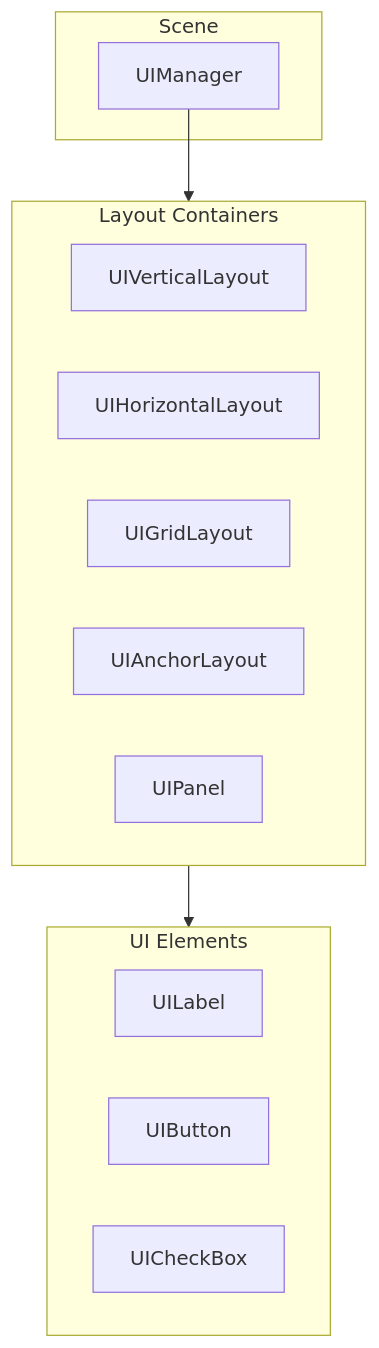
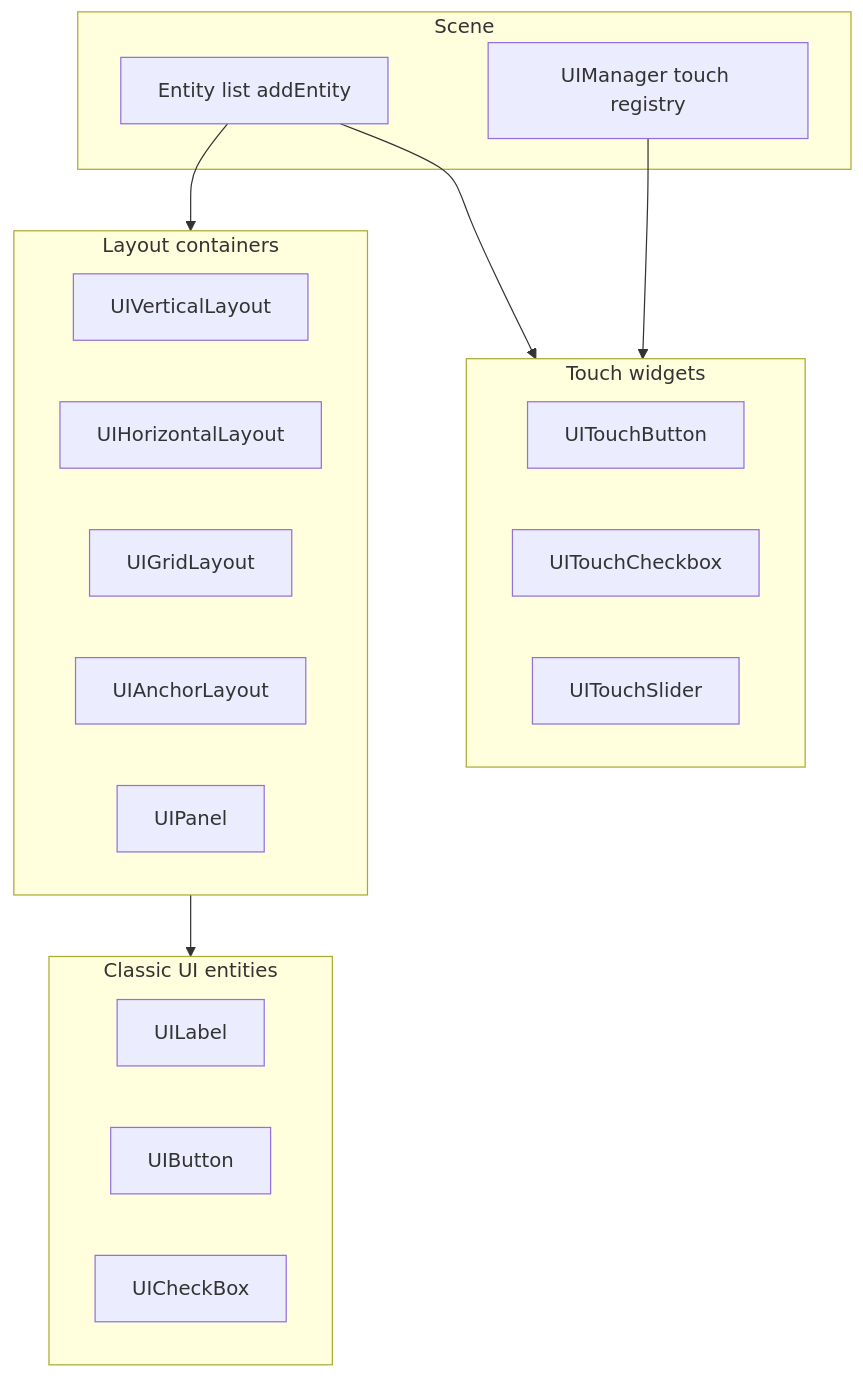
The diagram in guide/ui-system.md (PixelRoot32-Game-Engine/PixelRoot32-Docs), drawn with Mermaid before and after one commit. The commit also changed other lines of this file and 1 other file, not shown here.

````diff
--- a/guide/ui-system.md
+++ b/guide/ui-system.md
@@ -7,23 +7,32 @@
 ```mermaid
 flowchart TB
     subgraph Scene["Scene"]
-        U[UIManager]
+        E[Entity list addEntity]
+        U[UIManager touch registry]
     end
     
-    subgraph Layouts["Layout Containers"]
+    subgraph Layouts["Layout containers"]
         V[UIVerticalLayout]
         H[UIHorizontalLayout]
         G[UIGridLayout]
         A[UIAnchorLayout]
         P[UIPanel]
     end
     
-    subgraph Elements["UI Elements"]
+    subgraph ClassicUI["Classic UI entities"]
         L[UILabel]
         B[UIButton]
         C[UICheckBox]
     end
     
-    U --> Layouts
-    Layouts --> Elements
+    subgraph TouchUI["Touch widgets"]
+        TB[UITouchButton]
+        TC[UITouchCheckbox]
+        TS[UITouchSlider]
+    end
+    
+    E --> Layouts
+    Layouts --> ClassicUI
+    E --> TouchUI
+    U --> TouchUI
 ```
````
